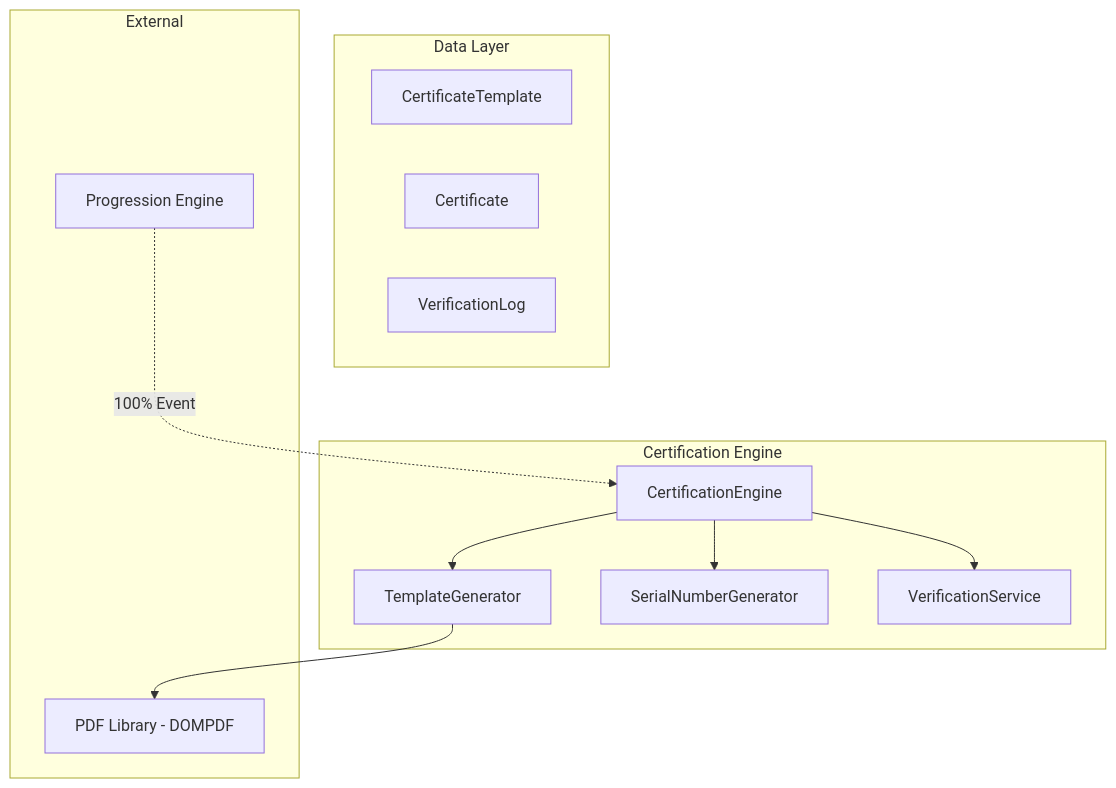
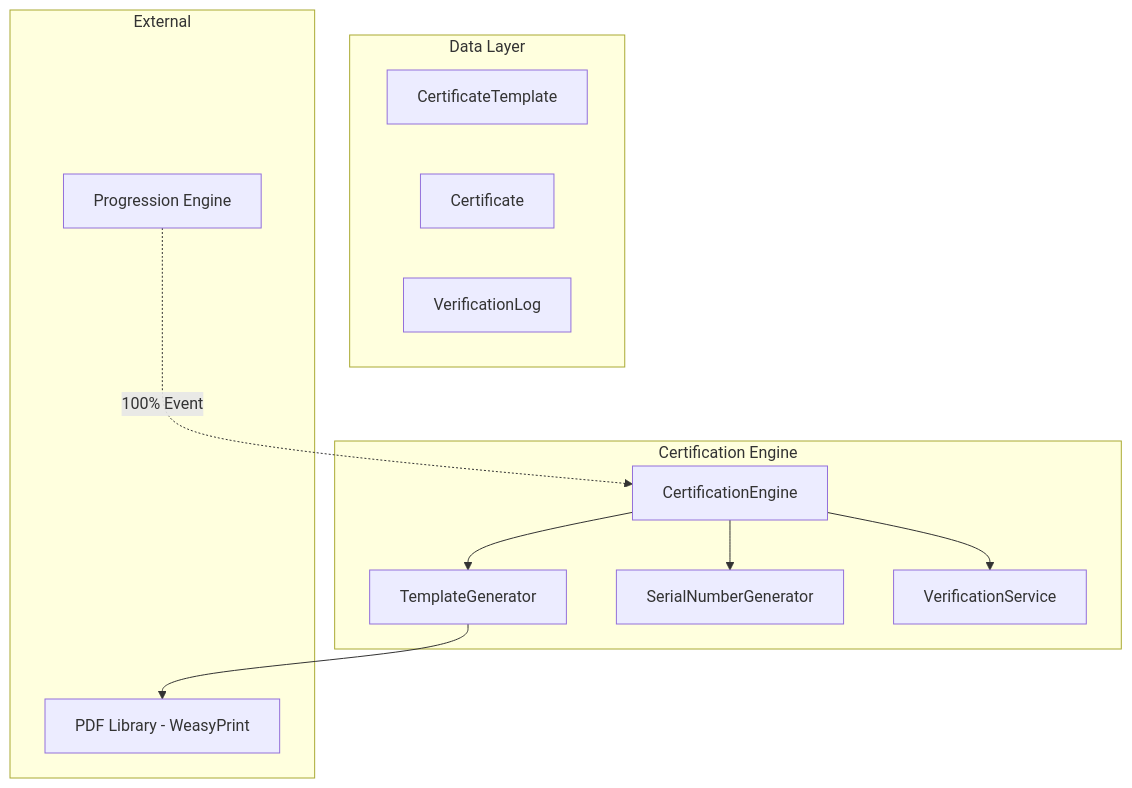
One commit to Wetende/crossview changed the diagram in .kiro/specs/certification-engine/design.md. Above: the diagram before and after it, drawn with Mermaid. The commit also changed other lines of this file and 288 other files, not shown here.

First line of the commit message:
feat(crossview): Initialize Django LMS project structure with multi-app architecture

````diff
--- a/.kiro/specs/certification-engine/design.md
+++ b/.kiro/specs/certification-engine/design.md
@@ -9,25 +11,25 @@
 ```mermaid
 graph TB
     subgraph "Certification Engine"
         CE[CertificationEngine]
         TG[TemplateGenerator]
         SN[SerialNumberGenerator]
         VS[VerificationService]
         CE --> TG
         CE --> SN
         CE --> VS
     end
     
     subgraph "Data Layer"
         CT[CertificateTemplate]
         C[Certificate]
         VL[VerificationLog]
     end
     
     subgraph "External"
         PE[Progression Engine]
-        PDF[PDF Library - DOMPDF]
+        PDF[PDF Library - WeasyPrint]
         PE -.->|100% Event| CE
         TG --> PDF
     end
 ```
````
